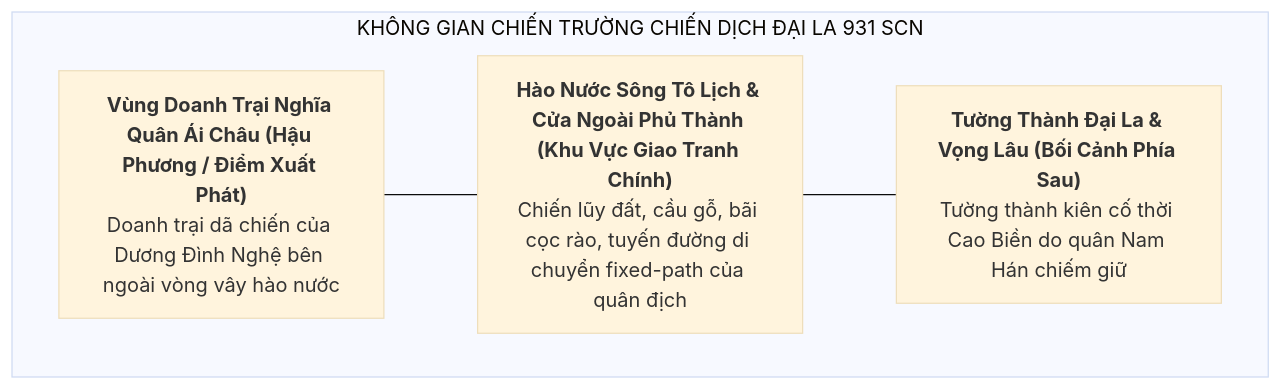
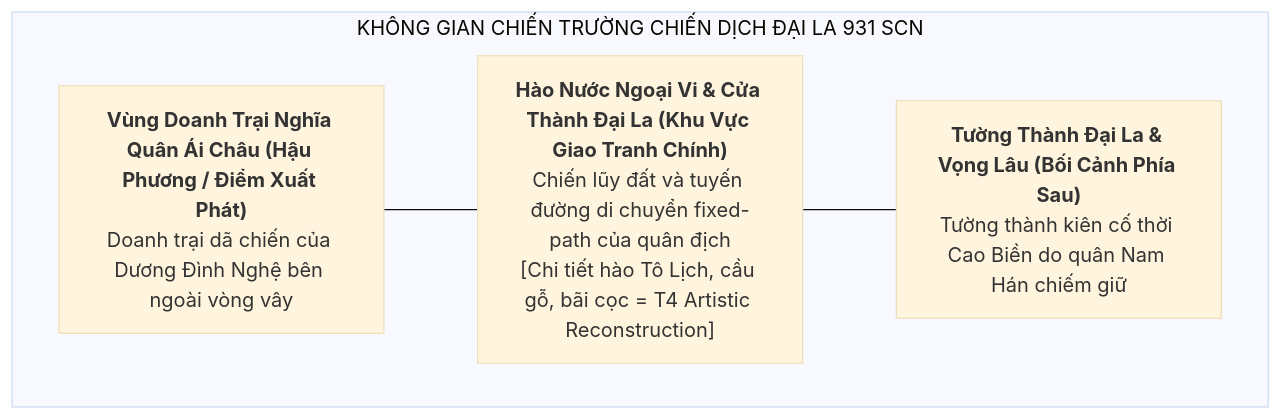
One commit to LightDucan/HuyenSu-TD changed the diagram in docs/drafts/viet-su/khuc-duong-dinh-nghe/chapter-direction.md. Above: the diagram before and after it, drawn with Mermaid (base theme). The commit also changed other lines of this file and 2 other files, not shown here.

````diff
--- a/docs/drafts/viet-su/khuc-duong-dinh-nghe/chapter-direction.md
+++ b/docs/drafts/viet-su/khuc-duong-dinh-nghe/chapter-direction.md
@@ -20,11 +21,11 @@
 ```mermaid
 graph TD
     subgraph KHÔNG GIAN CHIẾN TRƯỜNG CHIẾN DỊCH ĐẠI LA 931 SCN
-        M1["<b>Vùng Doanh Trại Nghĩa Quân Ái Châu (Hậu Phương / Điểm Xuất Phát)</b><br>Doanh trại dã chiến của Dương Đình Nghệ bên ngoài vòng vây hào nước"]
-        M2["<b>Hào Nước Sông Tô Lịch & Cửa Ngoài Phủ Thành (Khu Vực Giao Tranh Chính)</b><br>Chiến lũy đất, cầu gỗ, bãi cọc rào, tuyến đường di chuyển fixed-path của quân địch"]
+        M1["<b>Vùng Doanh Trại Nghĩa Quân Ái Châu (Hậu Phương / Điểm Xuất Phát)</b><br>Doanh trại dã chiến của Dương Đình Nghệ bên ngoài vòng vây"]
+        M2["<b>Hào Nước Ngoại Vi & Cửa Thành Đại La (Khu Vực Giao Tranh Chính)</b><br>Chiến lũy đất và tuyến đường di chuyển fixed-path của quân địch<br>[Chi tiết hào Tô Lịch, cầu gỗ, bãi cọc = T4 Artistic Reconstruction]"]
         M3["<b>Tường Thành Đại La & Vọng Lâu (Bối Cảnh Phía Sau)</b><br>Tường thành kiên cố thời Cao Biền do quân Nam Hán chiếm giữ"]
 
         M1 --- M2
         M2 --- M3
     end
 ```
````
